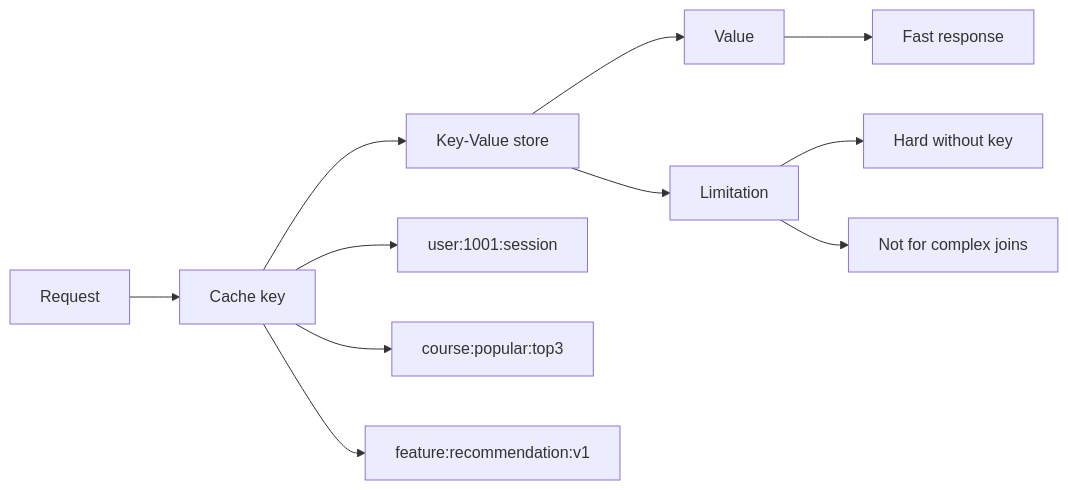
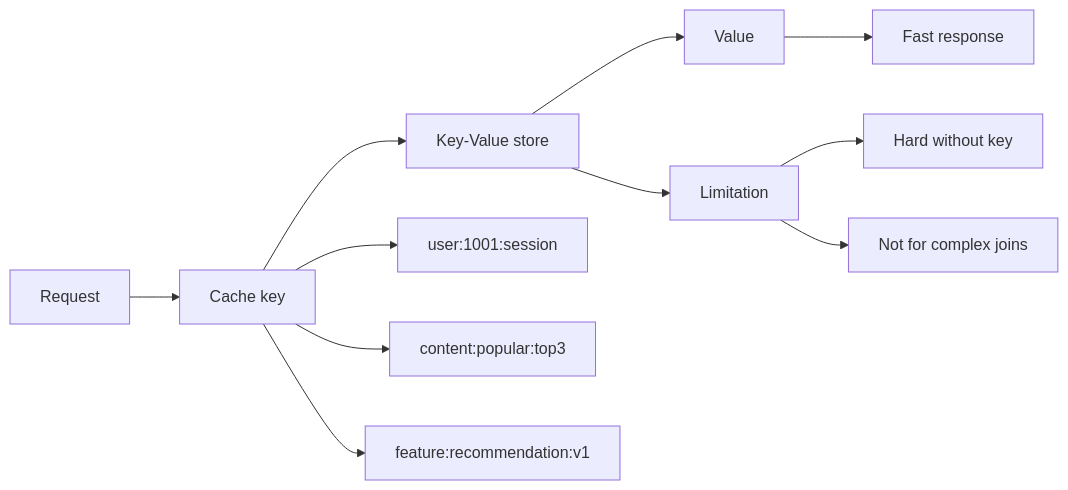
Before and after one commit to GilbertMoon/ai-database-book: the diagram in images/chapter12/ch12_03_key_value_lookup.mmd, drawn with Mermaid. The commit also changed 82 other files, not shown here.

```diff
--- a/images/chapter12/ch12_03_key_value_lookup.mmd
+++ b/images/chapter12/ch12_03_key_value_lookup.mmd
@@ -1,13 +1,13 @@
 flowchart LR
     A[Request] --> B[Cache key]
     B --> C[Key-Value store]
     C --> D[Value]
     D --> E[Fast response]
 
     B --> B1[user:1001:session]
-    B --> B2[course:popular:top3]
+    B --> B2[content:popular:top3]
     B --> B3[feature:recommendation:v1]
 
     C --> F[Limitation]
     F --> F1[Hard without key]
     F --> F2[Not for complex joins]
```
